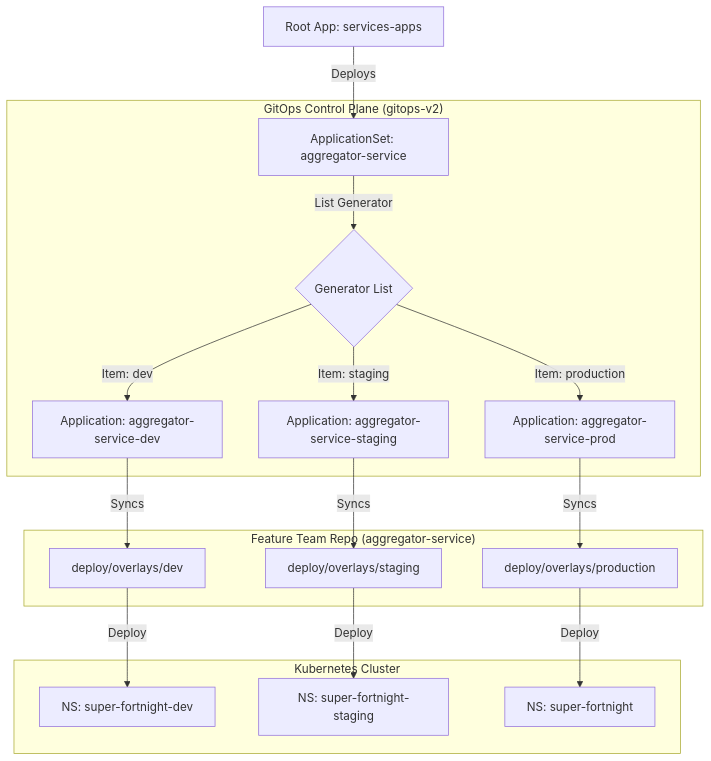
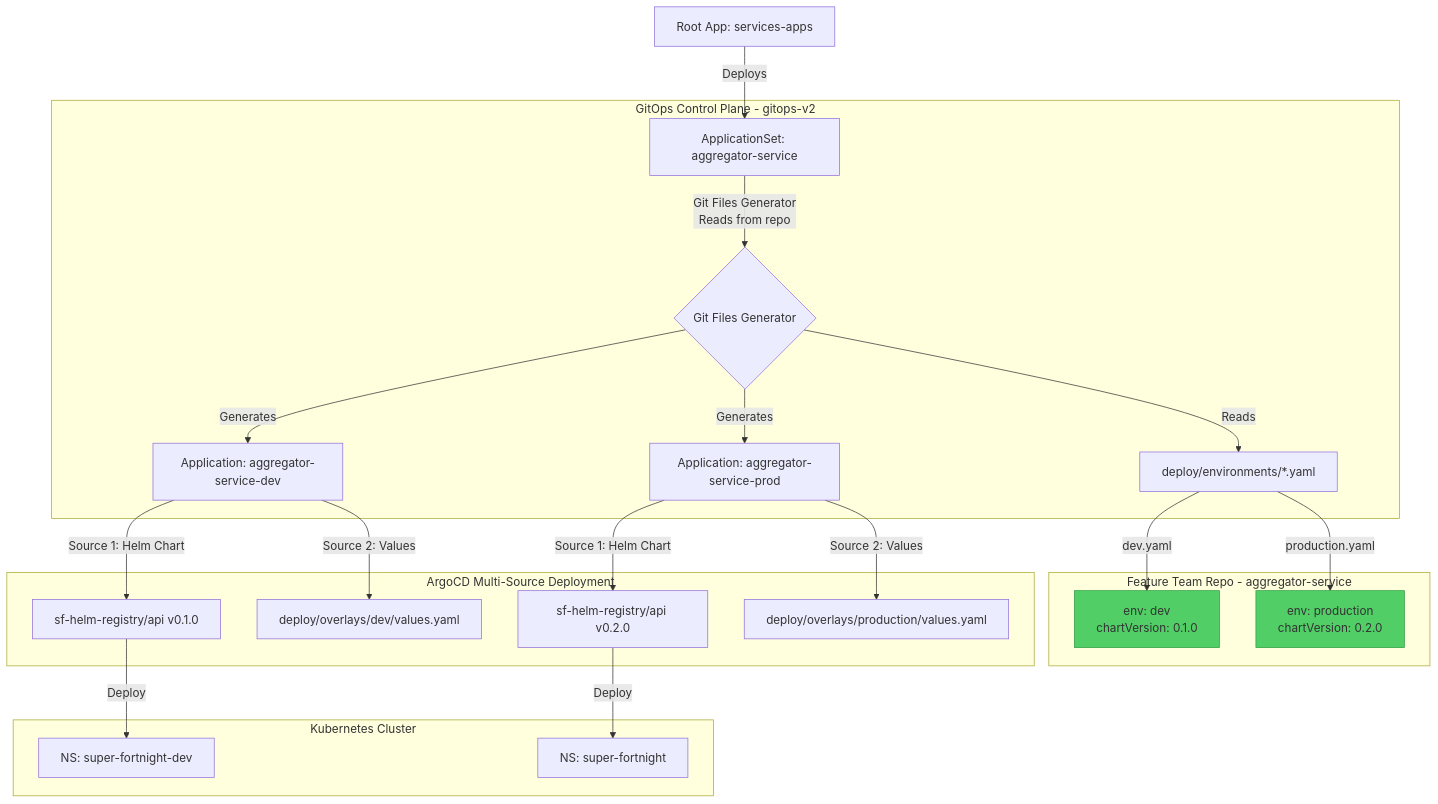
One commit to ashutosh-18k92/gitops-v2 changed the diagram in README.md. Above: the diagram before and after it, drawn with Mermaid. The commit also changed other lines of this file and 2 other files, not shown here.

Commit message:
feat: Migrate ApplicationSet to Git Files Generator for dynamic environment and chart version management via multi-source deployments.

````diff
--- a/README.md
+++ b/README.md
@@ -23,27 +23,37 @@
 ```mermaid
 graph TD
     %% Root
     Root[Root App: services-apps] -->|Deploys| AppSet[ApplicationSet: aggregator-service]
 
     %% ApplicationSet Logic
-    subgraph "GitOps Control Plane (gitops-v2)"
-    AppSet -->|List Generator| GenList{Generator List}
-    GenList -->|Item: dev| AppDev[Application: aggregator-service-dev]
-    GenList -->|Item: staging| AppStage[Application: aggregator-service-staging]
-    GenList -->|Item: production| AppProd[Application: aggregator-service-prod]
+    subgraph "GitOps Control Plane - gitops-v2"
+    AppSet -->|Git Files Generator<br/>Reads from repo| GenGit{Git Files Generator}
+    GenGit -->|Reads| EnvConfigs[deploy/environments/*.yaml]
+    GenGit -->|Generates| AppDev[Application: aggregator-service-dev]
+    GenGit -->|Generates| AppProd[Application: aggregator-service-prod]
     end
 
-    %% Deployment Layer
-    subgraph "Feature Team Repo (aggregator-service)"
-    AppDev -->|Syncs| OverlayDev[deploy/overlays/dev]
-    AppStage -->|Syncs| OverlayStage[deploy/overlays/staging]
-    AppProd -->|Syncs| OverlayProd[deploy/overlays/production]
+    %% Feature Team Control
+    subgraph "Feature Team Repo - aggregator-service"
+    EnvConfigs -->|dev.yaml| ConfigDev[env: dev<br/>chartVersion: 0.1.0]
+    EnvConfigs -->|production.yaml| ConfigProd[env: production<br/>chartVersion: 0.2.0]
+    end
+
+    %% Multi-Source Pattern
+    subgraph "ArgoCD Multi-Source Deployment"
+    AppDev -->|Source 1: Helm Chart| HelmDev[sf-helm-registry/api v0.1.0]
+    AppDev -->|Source 2: Values| ValuesDev[deploy/overlays/dev/values.yaml]
+
+    AppProd -->|Source 1: Helm Chart| HelmProd[sf-helm-registry/api v0.2.0]
+    AppProd -->|Source 2: Values| ValuesProd[deploy/overlays/production/values.yaml]
     end
 
     %% Cluster Layer
     subgraph "Kubernetes Cluster"
-    OverlayDev -->|Deploy| NS-Dev[NS: super-fortnight-dev]
-    OverlayStage -->|Deploy| NS-Stage[NS: super-fortnight-staging]
-    OverlayProd -->|Deploy| NS-Prod[NS: super-fortnight]
+    HelmDev -->|Deploy| NS-Dev[NS: super-fortnight-dev]
+    HelmProd -->|Deploy| NS-Prod[NS: super-fortnight]
     end
+
+    style ConfigDev fill:#51cf66,stroke:#2f9e44
+    style ConfigProd fill:#51cf66,stroke:#2f9e44
 ```
````
